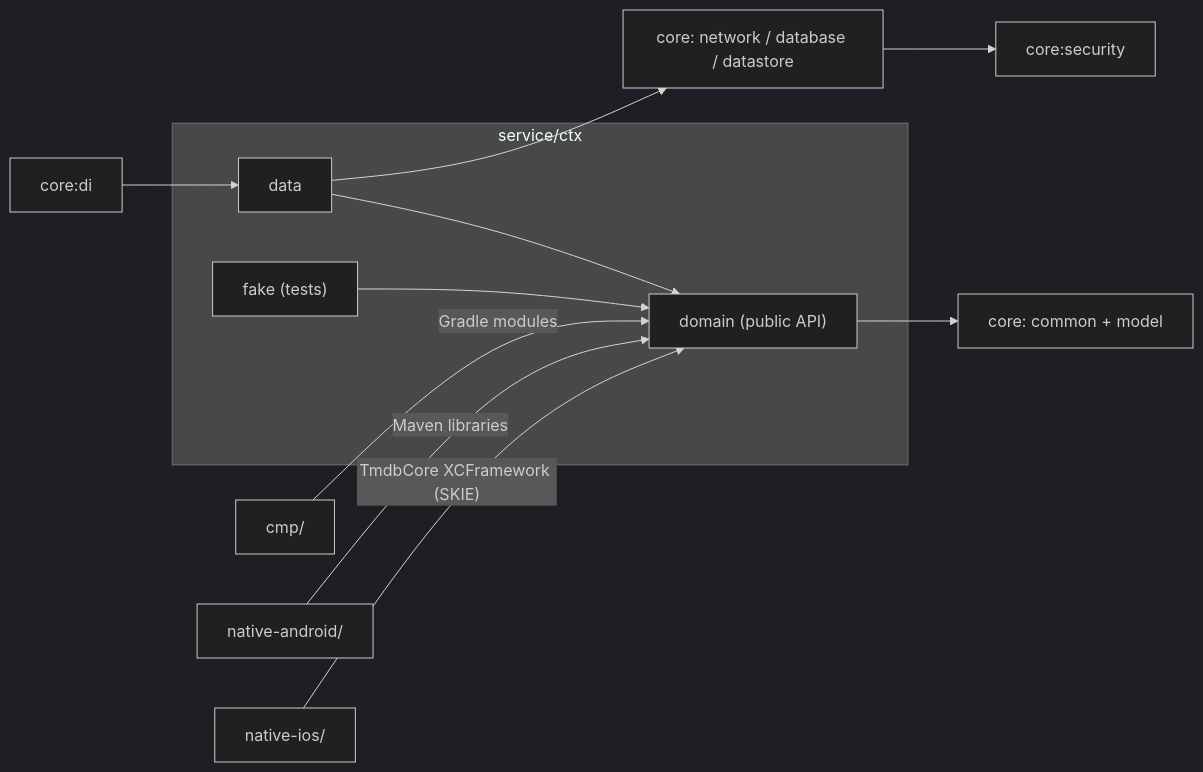
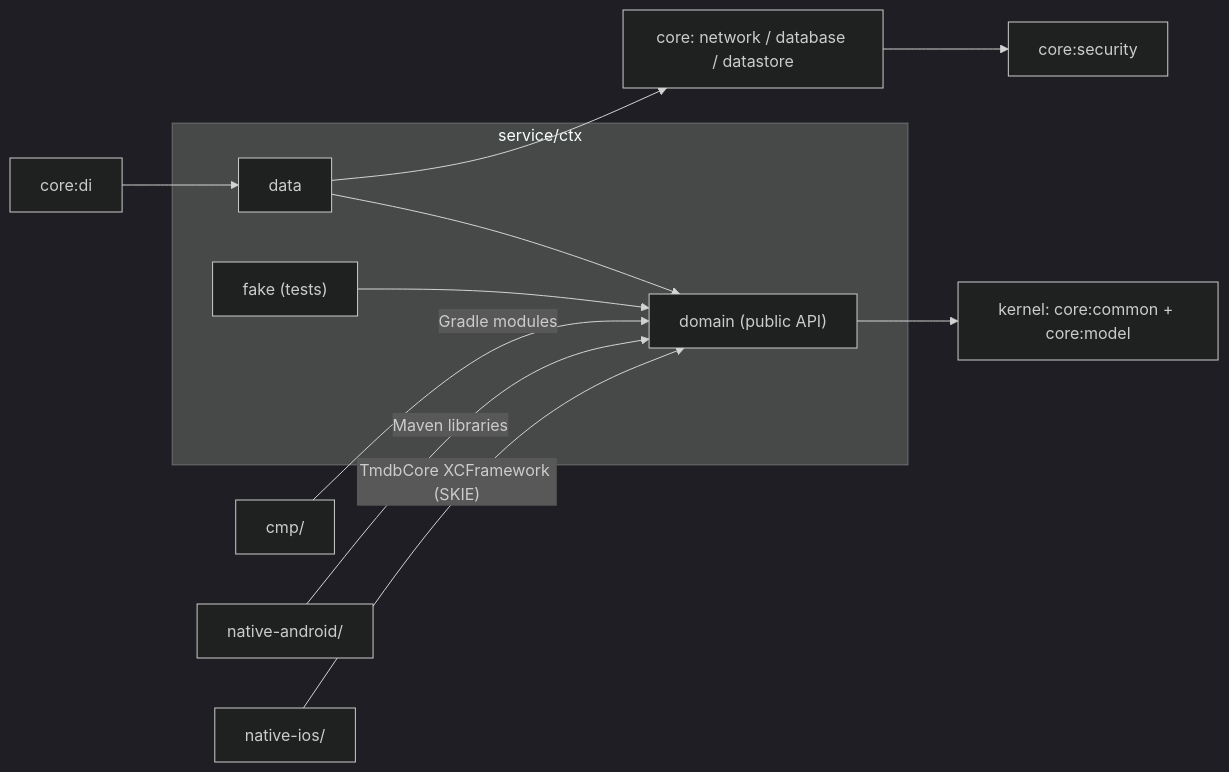
Before and after one commit to huuphuoc1396/kmp-tmdb-app: the first of 4 diagrams in README.md, drawn with Mermaid (dark theme). The commit also changed other lines of this file and 1 other file, not shown here.

Commit message:
List core modules by role in the README

````diff
--- a/README.md
+++ b/README.md
@@ -61,14 +61,14 @@
 ```mermaid
 flowchart LR
   CMP["cmp/"] -->|Gradle modules| DOMAIN
   NA["native-android/"] -->|Maven libraries| DOMAIN
   NI["native-ios/"] -->|"TmdbCore XCFramework (SKIE)"| DOMAIN
   DI["core:di"] --> DATA
   subgraph Service["service/ctx"]
     DOMAIN["domain (public API)"]
     DATA["data"] --> DOMAIN
     FAKE["fake (tests)"] --> DOMAIN
   end
   DATA --> INFRA["core: network / database / datastore"] --> SEC["core:security"]
-  DOMAIN --> KERNEL["core: common + model"]
+  DOMAIN --> KERNEL["kernel: core:common + core:model"]
 ```
````
